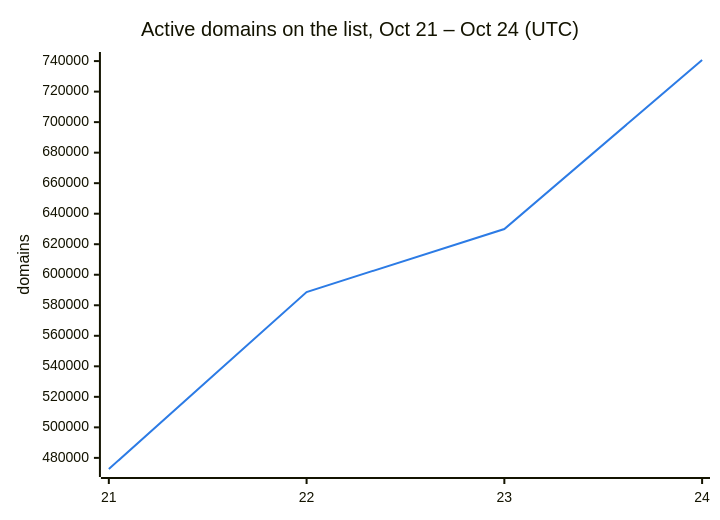
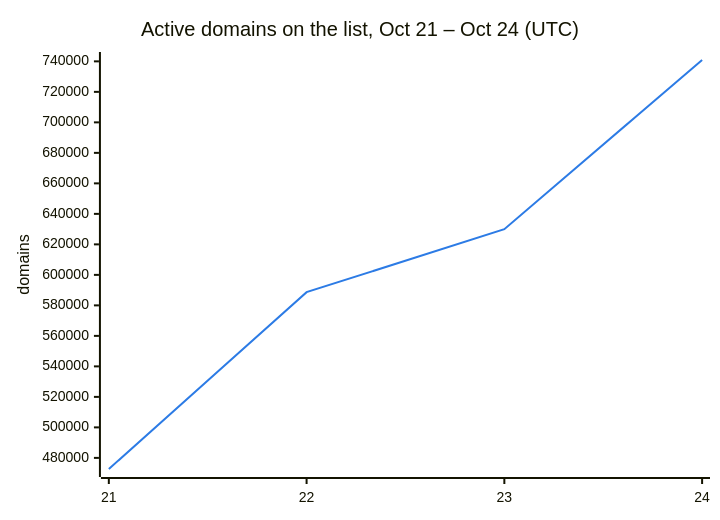
Before and after one commit to DNSBunker/CTI: the second of 3 diagrams in README.md, drawn with Mermaid. The commit also changed other lines of this file and 3 other files, not shown here.

````diff
--- a/README.md
+++ b/README.md
@@ -38,8 +38,8 @@
 ```mermaid
 %%{init: {"themeVariables": {"xyChart": {"plotColorPalette": "#2c7be5"}}}}%%
 xychart-beta
     title "Active domains on the list, Oct 21 – Oct 24 (UTC)"
     x-axis ["21", "22", "23", "24"]
     y-axis "domains"
-    line [472713, 588659, 629951, 740713]
+    line [472713, 588659, 629951, 740892]
 ```
````
